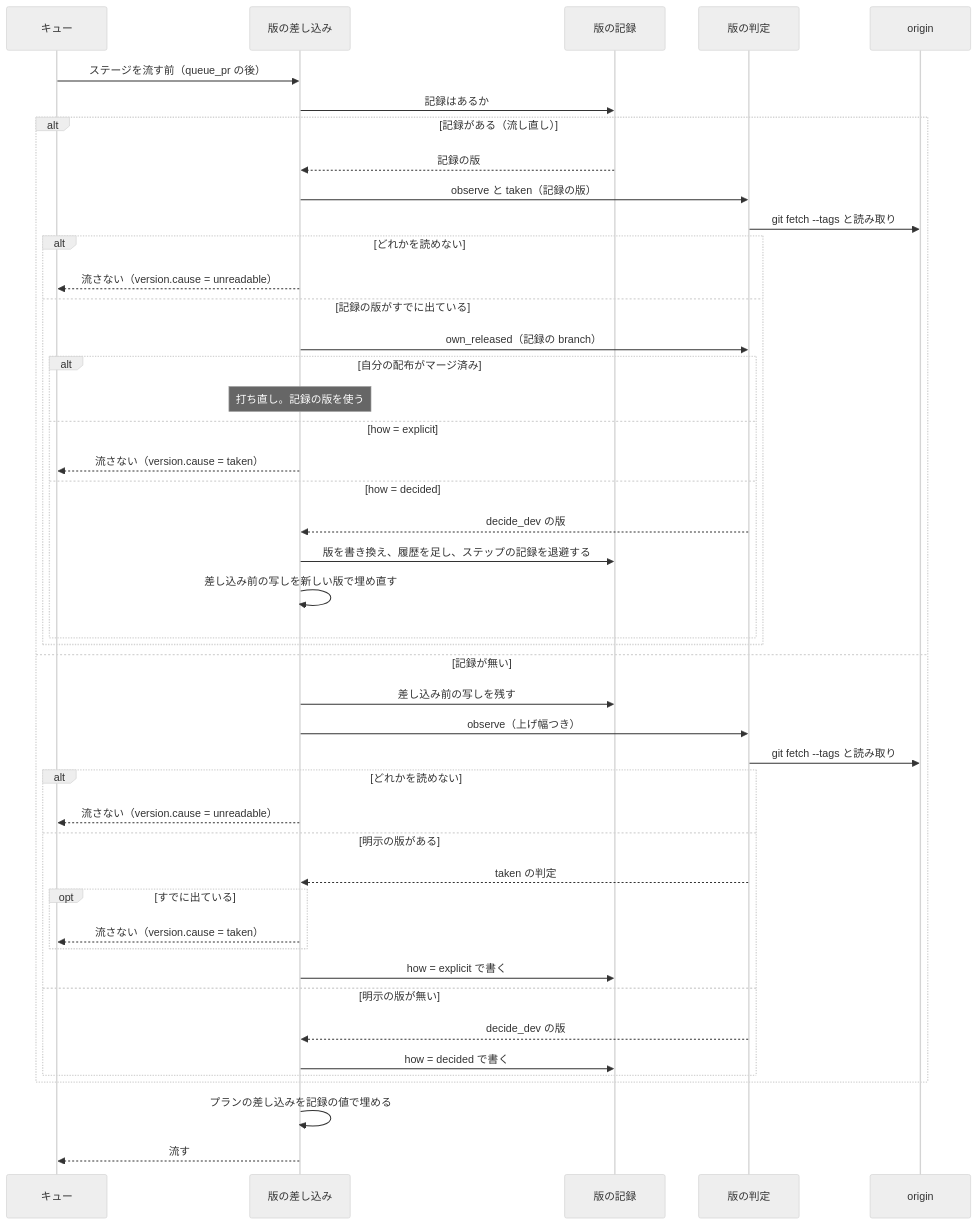
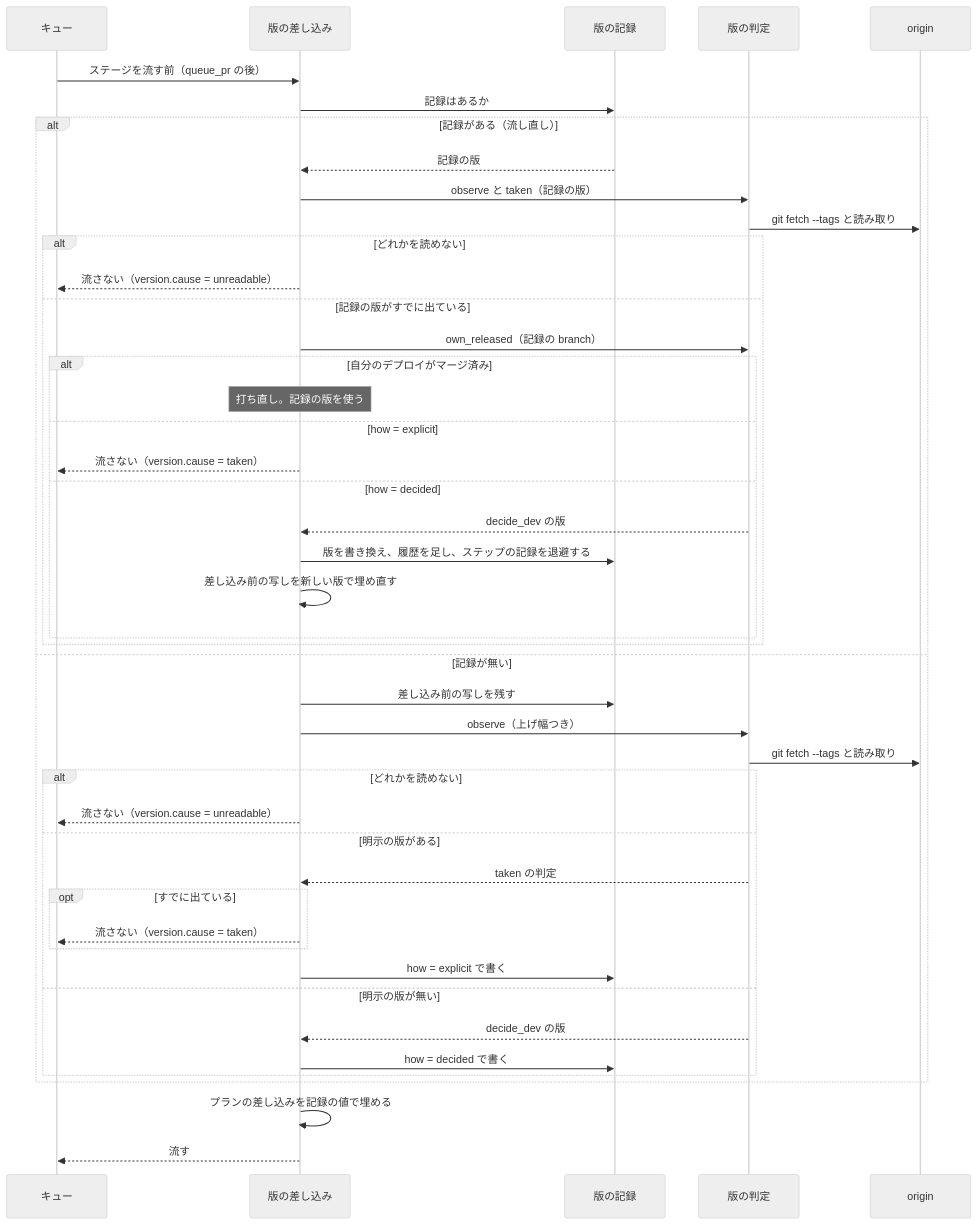
Before and after one commit to devbasex/ai-plugins: the second of 2 diagrams in docs/specifications/ndf-release-version-at-run-time.md, drawn with Mermaid (neutral theme). The commit also changed other lines of this file and 79 other files, not shown here.

````diff
--- a/docs/specifications/ndf-release-version-at-run-time.md
+++ b/docs/specifications/ndf-release-version-at-run-time.md
@@ -110,47 +110,47 @@
 ```mermaid
 sequenceDiagram
     participant Q as キュー
     participant F as 版の差し込み
     participant R as 版の記録
     participant J as 版の判定
     participant O as origin
     Q->>F: ステージを流す前（queue_pr の後）
     F->>R: 記録はあるか
     alt 記録がある（流し直し）
         R-->>F: 記録の版
         F->>J: observe と taken（記録の版）
         J->>O: git fetch --tags と読み取り
         alt どれかを読めない
             F-->>Q: 流さない（version.cause = unreadable）
         else 記録の版がすでに出ている
             F->>J: own_released（記録の branch）
-            alt 自分の配布がマージ済み
+            alt 自分のデプロイがマージ済み
                 Note over F: 打ち直し。記録の版を使う
             else how = explicit
                 F-->>Q: 流さない（version.cause = taken）
             else how = decided
                 J-->>F: decide_dev の版
                 F->>R: 版を書き換え、履歴を足し、ステップの記録を退避する
                 F->>F: 差し込み前の写しを新しい版で埋め直す
             end
         end
     else 記録が無い
         F->>R: 差し込み前の写しを残す
         F->>J: observe（上げ幅つき）
         J->>O: git fetch --tags と読み取り
         alt どれかを読めない
             F-->>Q: 流さない（version.cause = unreadable）
         else 明示の版がある
             J-->>F: taken の判定
             opt すでに出ている
                 F-->>Q: 流さない（version.cause = taken）
             end
             F->>R: how = explicit で書く
         else 明示の版が無い
             J-->>F: decide_dev の版
             F->>R: how = decided で書く
         end
     end
     F->>F: プランの差し込みを記録の値で埋める
     F-->>Q: 流す
 ```
````
